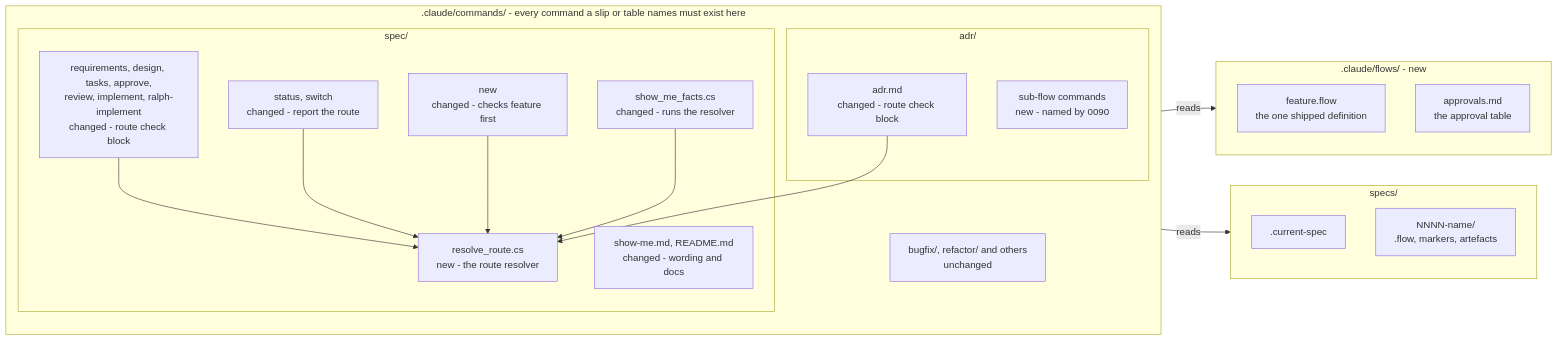
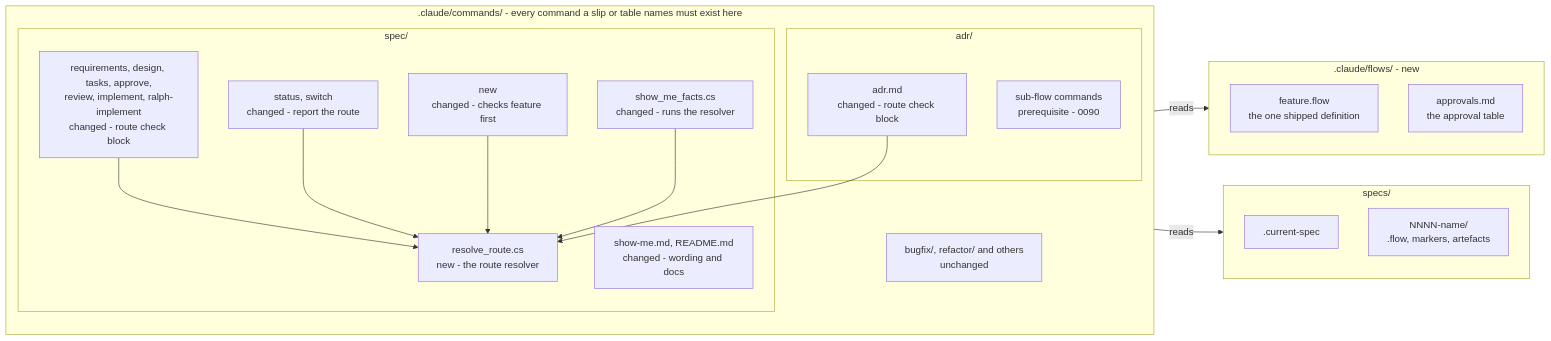
The second of 3 diagrams in docs/adr/0089-slips-resolver-and-routing.md (BrighterCommand/Brighter), drawn with Mermaid before and after one commit. The commit also changed other lines of this file, not shown here.

````diff
--- a/docs/adr/0089-slips-resolver-and-routing.md
+++ b/docs/adr/0089-slips-resolver-and-routing.md
@@ -226,34 +226,34 @@
 ```mermaid
 flowchart LR
     subgraph COMMANDS[".claude/commands/ - every command a slip or table names must exist here"]
         direction TB
         subgraph ADRCMD["adr/"]
             ADR["adr.md<br/>changed - route check block"]
-            SUB["sub-flow commands<br/>new - named by 0090"]
+            SUB["sub-flow commands<br/>prerequisite - 0090"]
         end
         subgraph SPECCMD["spec/"]
             CMDS["requirements, design, tasks, approve,<br/>review, implement, ralph-implement<br/>changed - route check block"]
             REP["status, switch<br/>changed - report the route"]
             NEW["new<br/>changed - checks feature first"]
             SMF["show_me_facts.cs<br/>changed - runs the resolver"]
             DOCS["show-me.md, README.md<br/>changed - wording and docs"]
             RR["resolve_route.cs<br/>new - the route resolver"]
         end
         OTH["bugfix/, refactor/ and others<br/>unchanged"]
     end
     subgraph FLOWS[".claude/flows/ - new"]
         FD["feature.flow<br/>the one shipped definition"]
         AT["approvals.md<br/>the approval table"]
     end
     subgraph SPECS["specs/"]
         CUR[".current-spec"]
         DIR["NNNN-name/<br/>.flow, markers, artefacts"]
     end
     CMDS --> RR
     REP --> RR
     NEW --> RR
     SMF --> RR
     ADR --> RR
     RR -->|reads| FLOWS
     RR -->|reads| SPECS
 ```
````
